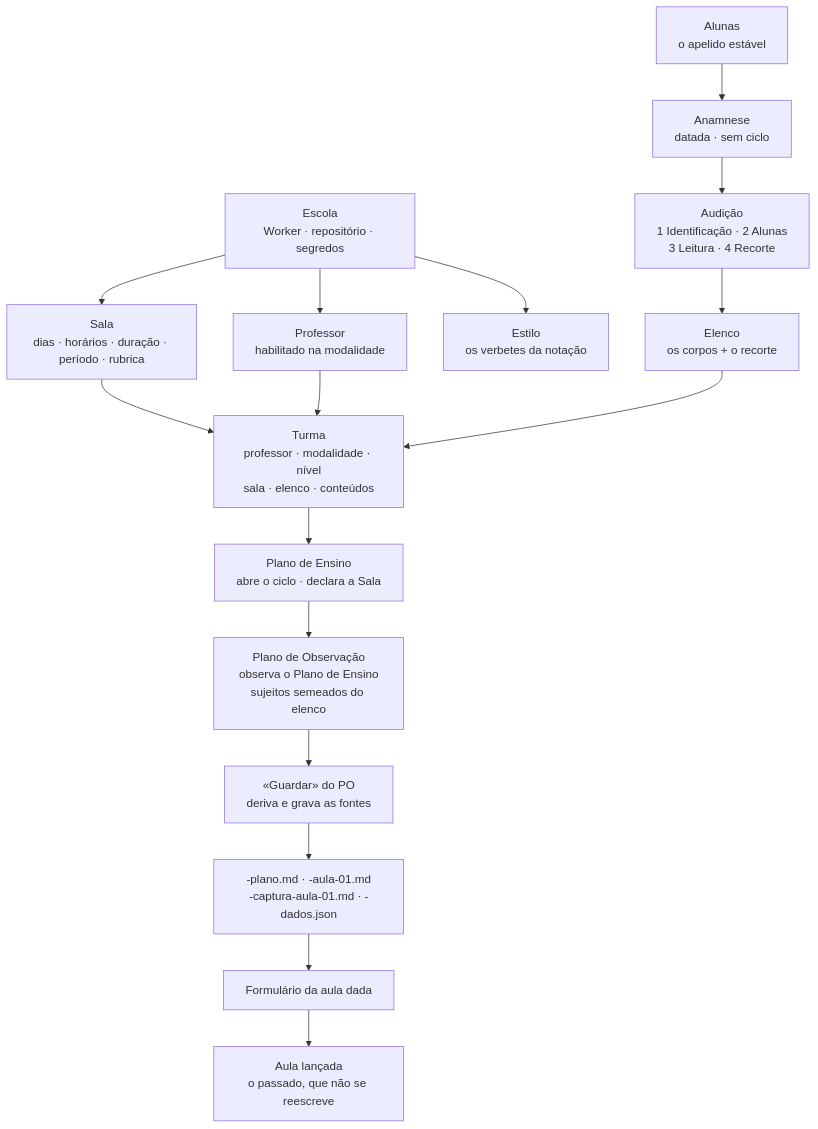
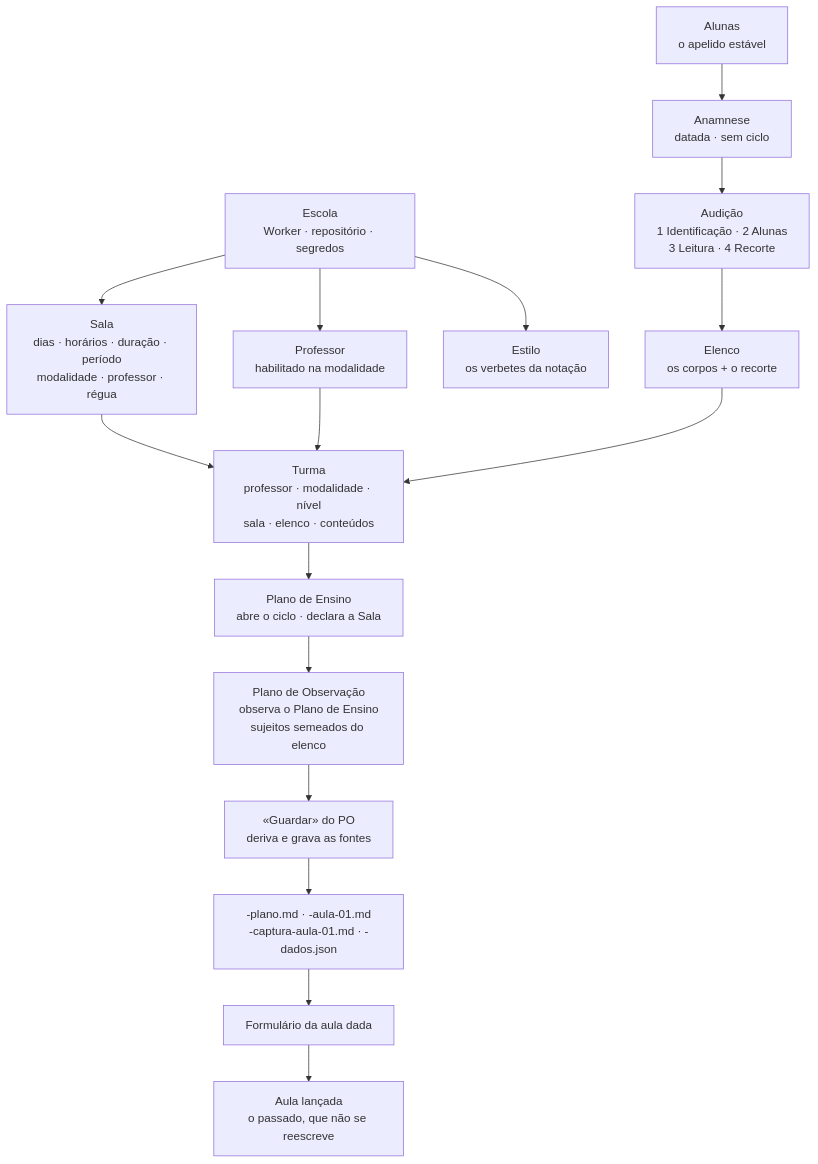
One commit to tmenegaz/danca changed the second of 2 diagrams in ARQUITETURA-GERAL.md. Above: the diagram before and after it, drawn with Mermaid. The commit also changed other lines of this file and 4 other files, not shown here.

````diff
--- a/ARQUITETURA-GERAL.md
+++ b/ARQUITETURA-GERAL.md
@@ -424,18 +440,18 @@
 ```mermaid
 flowchart TB
-    E["Escola<br/>Worker · repositório · segredos"] --> S["Sala<br/>dias · horários · duração · período · rubrica"]
+    E["Escola<br/>Worker · repositório · segredos"] --> S["Sala<br/>dias · horários · duração · período<br/>modalidade · professor · régua"]
     E --> P["Professor<br/>habilitado na modalidade"]
     E --> ST["Estilo<br/>os verbetes da notação"]
     A["Alunas<br/>o apelido estável"] --> AN["Anamnese<br/>datada · sem ciclo"]
     AN --> AUD["Audição<br/>1 Identificação · 2 Alunas<br/>3 Leitura · 4 Recorte"]
     AUD --> EL["Elenco<br/>os corpos + o recorte"]
     S --> T["Turma<br/>professor · modalidade · nível<br/>sala · elenco · conteúdos"]
     P --> T
     EL --> T
     T --> PE["Plano de Ensino<br/>abre o ciclo · declara a Sala"]
     PE --> PO["Plano de Observação<br/>observa o Plano de Ensino<br/>sujeitos semeados do elenco"]
     PO --> G["«Guardar» do PO<br/>deriva e grava as fontes"]
     G --> D["-plano.md · -aula-01.md<br/>-captura-aula-01.md · -dados.json"]
     D --> F["Formulário da aula dada"]
     F --> AD["Aula lançada<br/>o passado, que não se reescreve"]
 ```
````
